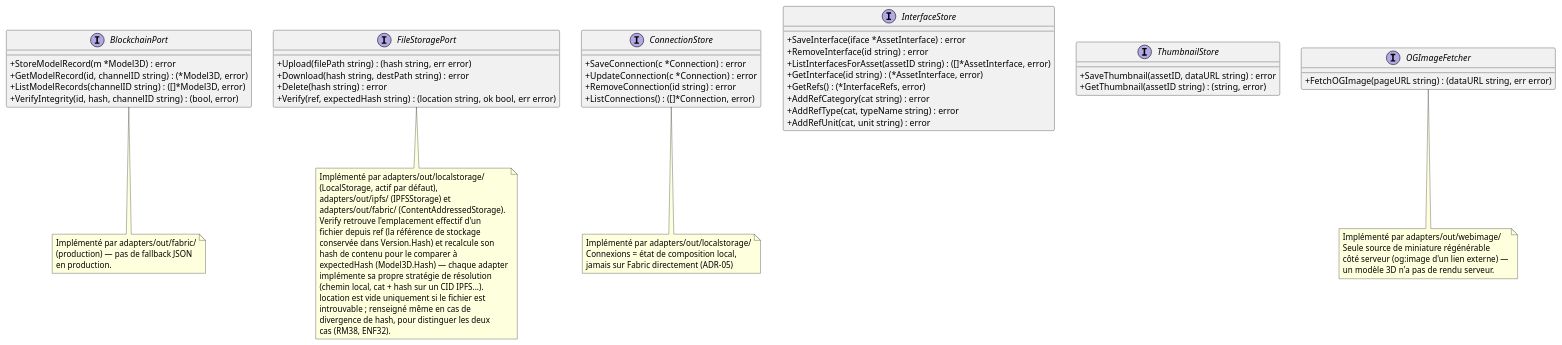
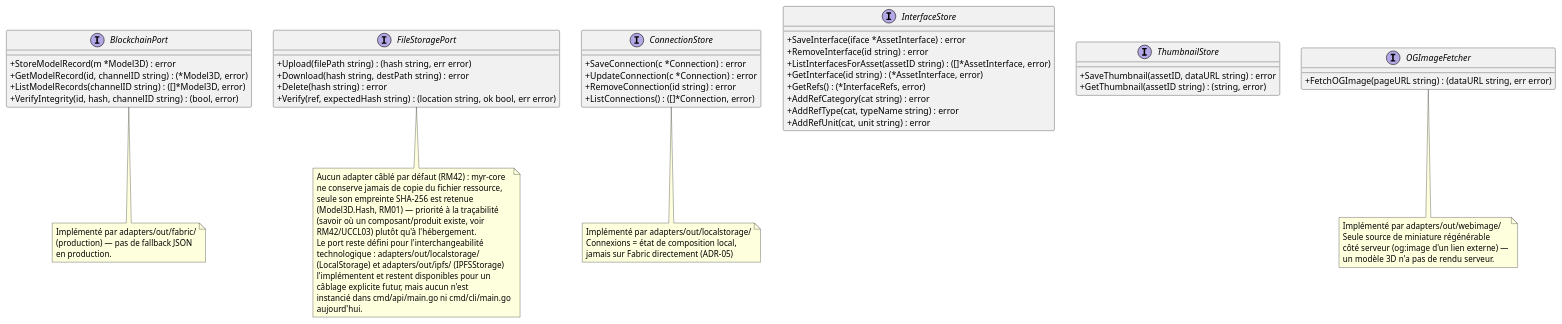
One commit to myr-forge/myr-core changed the fifth of 5 diagrams in specs/3-Conception/Architecture_Composition.md. Above: the diagram before and after it, drawn with PlantUML. The commit also changed 18 other files, not shown here.

```diff
--- a/specs/3-Conception/Architecture_Composition.md
+++ b/specs/3-Conception/Architecture_Composition.md
@@ -488,21 +488,19 @@
 end note
 
 note bottom of FileStoragePort
-  Implémenté par adapters/out/localstorage/
-  (LocalStorage, actif par défaut),
-  adapters/out/ipfs/ (IPFSStorage) et
-  adapters/out/fabric/ (ContentAddressedStorage).
-  Verify retrouve l'emplacement effectif d'un
-  fichier depuis ref (la référence de stockage
-  conservée dans Version.Hash) et recalcule son
-  hash de contenu pour le comparer à
-  expectedHash (Model3D.Hash) — chaque adapter
-  implémente sa propre stratégie de résolution
-  (chemin local, cat + hash sur un CID IPFS...).
-  location est vide uniquement si le fichier est
-  introuvable ; renseigné même en cas de
-  divergence de hash, pour distinguer les deux
-  cas (RM38, ENF32).
+  Aucun adapter câblé par défaut (RM42) : myr-core
+  ne conserve jamais de copie du fichier ressource,
+  seule son empreinte SHA-256 est retenue
+  (Model3D.Hash, RM01) — priorité à la traçabilité
+  (savoir où un composant/produit existe, voir
+  RM42/UCCL03) plutôt qu'à l'hébergement.
+  Le port reste défini pour l'interchangeabilité
+  technologique : adapters/out/localstorage/
+  (LocalStorage) et adapters/out/ipfs/ (IPFSStorage)
+  l'implémentent et restent disponibles pour un
+  câblage explicite futur, mais aucun n'est
+  instancié dans cmd/api/main.go ni cmd/cli/main.go
+  aujourd'hui.
 end note
 
 note bottom of ConnectionStore
```
